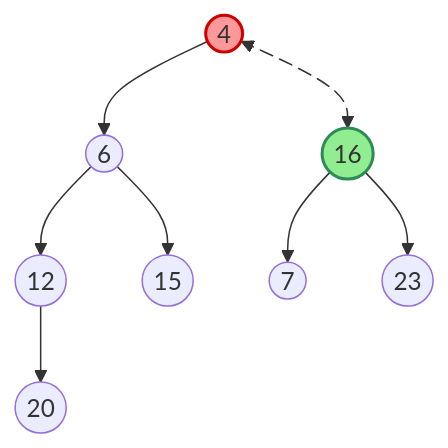
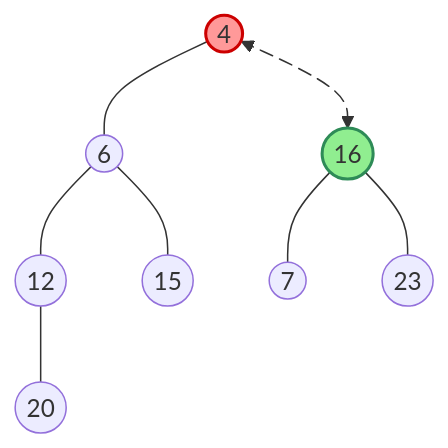
Diagram 15 of 17 in lectures/lect-11-Heap.md (ruslylove/datastruct), drawn with Mermaid before and after one commit. The commit also changed other lines of this file, not shown here.

Commit message:
update diagram and bottom-up heap theorem.

````diff
--- a/lectures/lect-11-Heap.md
+++ b/lectures/lect-11-Heap.md
@@ -487,13 +487,13 @@
 ```mermaid {scale: 0.8}
 graph TD
-    A((4)) --> B((6))
+    A((4)) --- B((6))
     A e1@<--> C((16))
-    B --> D((12))
-    B --> E((15))
-    C --> F((7))
-    C --> G((23))
-    D --> H((20))
+    B --- D((12))
+    B --- E((15))
+    C --- F((7))
+    C --- G((23))
+    D --- H((20))
     style A fill:#f99,stroke:#c00,stroke-width:2px
     style C fill:#90EE90,stroke:#2E8B57,stroke-width:2px
     e1@{ animate : true }
 ```
````
